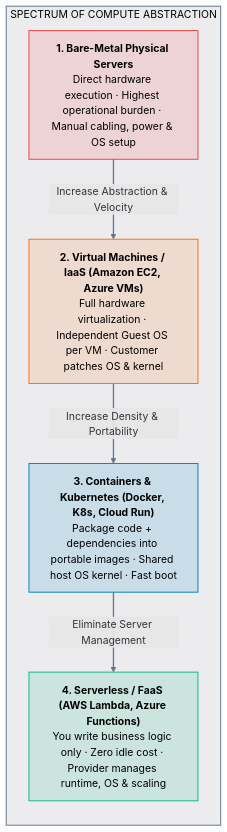
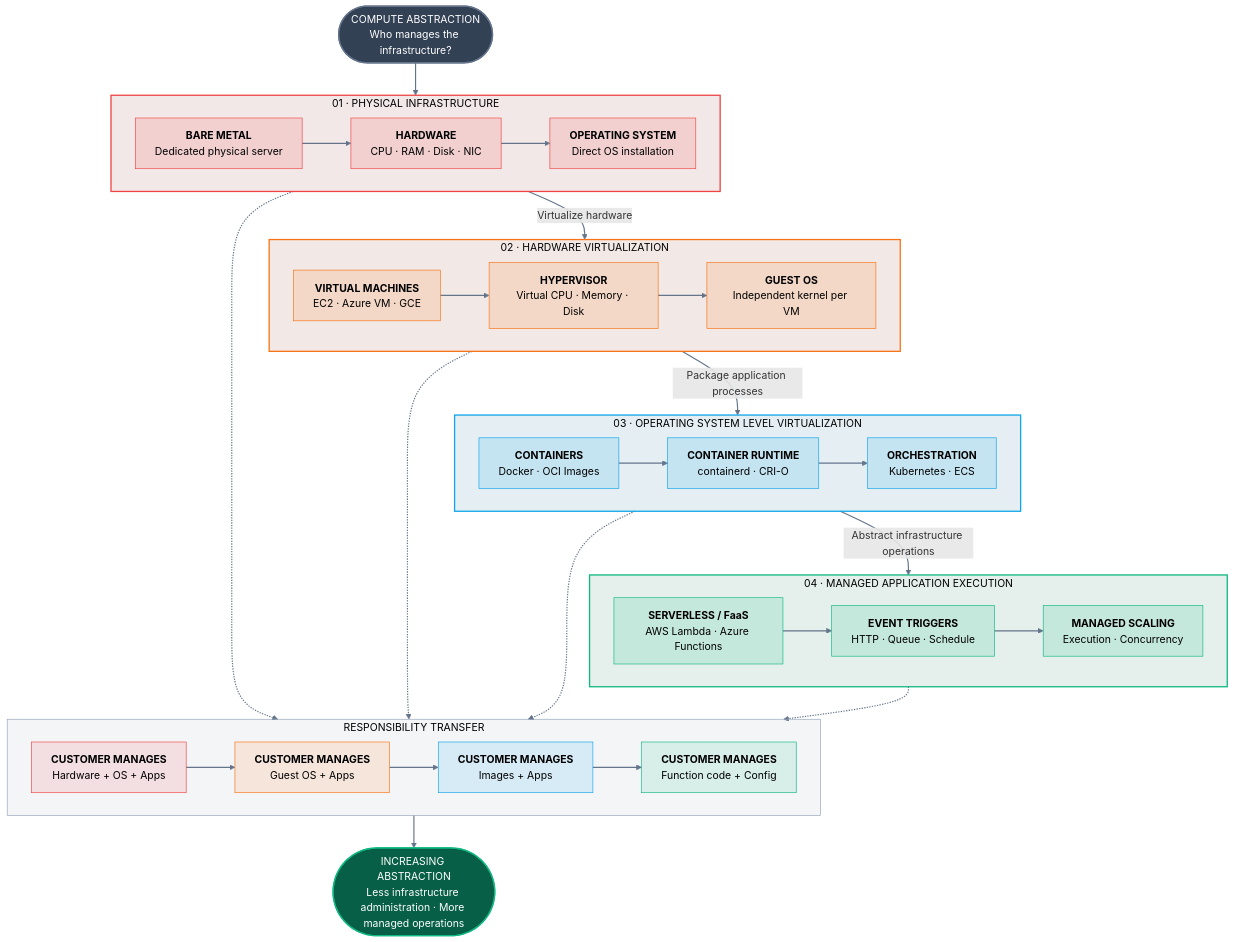
The eighth of 9 diagrams in 00-Foundations/01-cloud-computing/02_Evolution_of_Computing_OnPrem_to_Cloud.md (vikram-interloid/cloud-engineering), drawn with Mermaid before and after one commit. The commit also changed other lines of this file and 18 other files, not shown here.

````diff
--- a/00-Foundations/01-cloud-computing/02_Evolution_of_Computing_OnPrem_to_Cloud.md
+++ b/00-Foundations/01-cloud-computing/02_Evolution_of_Computing_OnPrem_to_Cloud.md
@@ -199,23 +612,95 @@
 ```mermaid
-flowchart TD
-    subgraph STACK["SPECTRUM OF COMPUTE ABSTRACTION"]
-        direction TB
-        L4["<b>4. Serverless / FaaS (AWS Lambda, Azure Functions)</b><br/>You write business logic only · Zero idle cost · Provider manages runtime, OS & scaling"]
-        L3["<b>3. Containers & Kubernetes (Docker, K8s, Cloud Run)</b><br/>Package code + dependencies into portable images · Shared host OS kernel · Fast boot"]
-        L2["<b>2. Virtual Machines / IaaS (Amazon EC2, Azure VMs)</b><br/>Full hardware virtualization · Independent Guest OS per VM · Customer patches OS & kernel"]
-        L1["<b>1. Bare-Metal Physical Servers</b><br/>Direct hardware execution · Highest operational burden · Manual cabling, power & OS setup"]
+
+flowchart TB
+
+    START(["COMPUTE ABSTRACTION<br/>Who manages the infrastructure?"])
+
+    subgraph S1["01 · PHYSICAL INFRASTRUCTURE"]
+        direction LR
+        B1["<b>BARE METAL</b><br/>Dedicated physical server"]
+        B2["<b>HARDWARE</b><br/>CPU · RAM · Disk · NIC"]
+        B3["<b>OPERATING SYSTEM</b><br/>Direct OS installation"]
+        B1 --> B2 --> B3
     end
 
-    L1 -->|"Increase Abstraction & Velocity"| L2
-    L2 -->|"Increase Density & Portability"| L3
-    L3 -->|"Eliminate Server Management"| L4
+    subgraph S2["02 · HARDWARE VIRTUALIZATION"]
+        direction LR
+        V1["<b>VIRTUAL MACHINES</b><br/>EC2 · Azure VM · GCE"]
+        V2["<b>HYPERVISOR</b><br/>Virtual CPU · Memory · Disk"]
+        V3["<b>GUEST OS</b><br/>Independent kernel per VM"]
+        V1 --> V2 --> V3
+    end
 
-    style STACK fill:#0f172a,fill-opacity:0.08,stroke:#64748b,stroke-width:1.5px,color:inherit
+    subgraph S3["03 · OPERATING SYSTEM LEVEL VIRTUALIZATION"]
+        direction LR
+        C1["<b>CONTAINERS</b><br/>Docker · OCI Images"]
+        C2["<b>CONTAINER RUNTIME</b><br/>containerd · CRI-O"]
+        C3["<b>ORCHESTRATION</b><br/>Kubernetes · ECS"]
+        C1 --> C2 --> C3
+    end
 
-    style L1 fill:#ef4444,fill-opacity:0.15,stroke:#ef4444,stroke-width:1.5px,color:inherit
-    style L2 fill:#f97316,fill-opacity:0.15,stroke:#f97316,stroke-width:1.5px,color:inherit
-    style L3 fill:#0284c7,fill-opacity:0.15,stroke:#0284c7,stroke-width:1.5px,color:inherit
-    style L4 fill:#10b981,fill-opacity:0.15,stroke:#10b981,stroke-width:1.5px,color:inherit
+    subgraph S4["04 · MANAGED APPLICATION EXECUTION"]
+        direction LR
+        F1["<b>SERVERLESS / FaaS</b><br/>AWS Lambda · Azure Functions"]
+        F2["<b>EVENT TRIGGERS</b><br/>HTTP · Queue · Schedule"]
+        F3["<b>MANAGED SCALING</b><br/>Execution · Concurrency"]
+        F1 --> F2 --> F3
+    end
 
-    linkStyle default stroke:#64748b,stroke-width:2px
+    START --> S1
+    S1 -->|"Virtualize hardware"| S2
+    S2 -->|"Package application processes"| S3
+    S3 -->|"Abstract infrastructure operations"| S4
+
+    subgraph RESPONSIBILITY["RESPONSIBILITY TRANSFER"]
+        direction LR
+        R1["<b>CUSTOMER MANAGES</b><br/>Hardware + OS + Apps"]
+        R2["<b>CUSTOMER MANAGES</b><br/>Guest OS + Apps"]
+        R3["<b>CUSTOMER MANAGES</b><br/>Images + Apps"]
+        R4["<b>CUSTOMER MANAGES</b><br/>Function code + Config"]
+        R1 --> R2 --> R3 --> R4
+    end
+
+    S1 -.-> R1
+    S2 -.-> R2
+    S3 -.-> R3
+    S4 -.-> R4
+
+    END(["INCREASING ABSTRACTION<br/>Less infrastructure administration · More managed operations"])
+
+    RESPONSIBILITY --> END
+
+    style START fill:#334155,stroke:#64748b,color:#ffffff,stroke-width:2px
+    style END fill:#065f46,stroke:#10b981,color:#ffffff,stroke-width:2px
+
+    style S1 fill:#7f1d1d,fill-opacity:0.10,stroke:#ef4444,stroke-width:2px,color:inherit
+    style S2 fill:#7c2d12,fill-opacity:0.10,stroke:#f97316,stroke-width:2px,color:inherit
+    style S3 fill:#075985,fill-opacity:0.10,stroke:#0ea5e9,stroke-width:2px,color:inherit
+    style S4 fill:#065f46,fill-opacity:0.10,stroke:#10b981,stroke-width:2px,color:inherit
+
+    style B1 fill:#ef4444,fill-opacity:0.15,stroke:#ef4444,color:inherit
+    style B2 fill:#ef4444,fill-opacity:0.15,stroke:#ef4444,color:inherit
+    style B3 fill:#ef4444,fill-opacity:0.15,stroke:#ef4444,color:inherit
+
+    style V1 fill:#f97316,fill-opacity:0.15,stroke:#f97316,color:inherit
+    style V2 fill:#f97316,fill-opacity:0.15,stroke:#f97316,color:inherit
+    style V3 fill:#f97316,fill-opacity:0.15,stroke:#f97316,color:inherit
+
+    style C1 fill:#0ea5e9,fill-opacity:0.15,stroke:#0ea5e9,color:inherit
+    style C2 fill:#0ea5e9,fill-opacity:0.15,stroke:#0ea5e9,color:inherit
+    style C3 fill:#0ea5e9,fill-opacity:0.15,stroke:#0ea5e9,color:inherit
+
+    style F1 fill:#10b981,fill-opacity:0.15,stroke:#10b981,color:inherit
+    style F2 fill:#10b981,fill-opacity:0.15,stroke:#10b981,color:inherit
+    style F3 fill:#10b981,fill-opacity:0.15,stroke:#10b981,color:inherit
+
+    style RESPONSIBILITY fill:#64748b,fill-opacity:0.07,stroke:#94a3b8,stroke-width:1px,color:inherit
+
+    style R1 fill:#ef4444,fill-opacity:0.12,stroke:#ef4444,color:inherit
+    style R2 fill:#f97316,fill-opacity:0.12,stroke:#f97316,color:inherit
+    style R3 fill:#0ea5e9,fill-opacity:0.12,stroke:#0ea5e9,color:inherit
+    style R4 fill:#10b981,fill-opacity:0.12,stroke:#10b981,color:inherit
+
+    linkStyle default stroke:#64748b,stroke-width:1.8px
+
 ```
````
